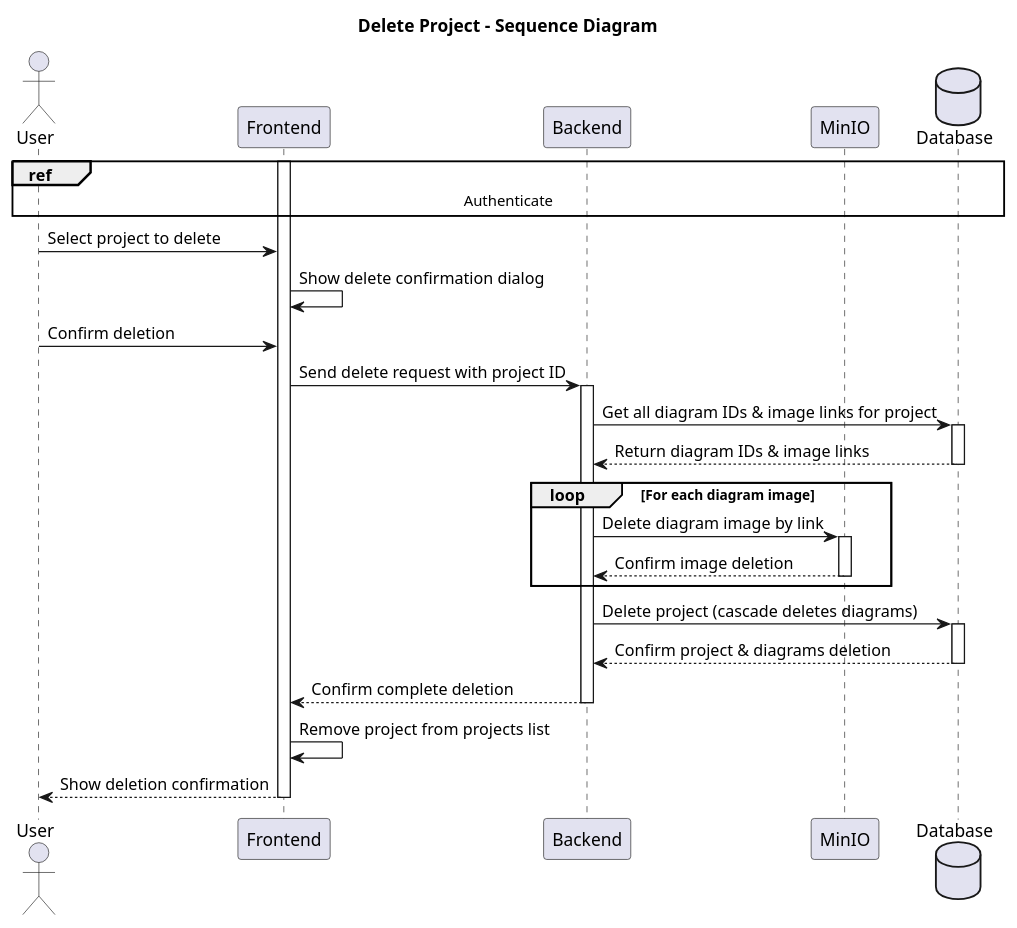
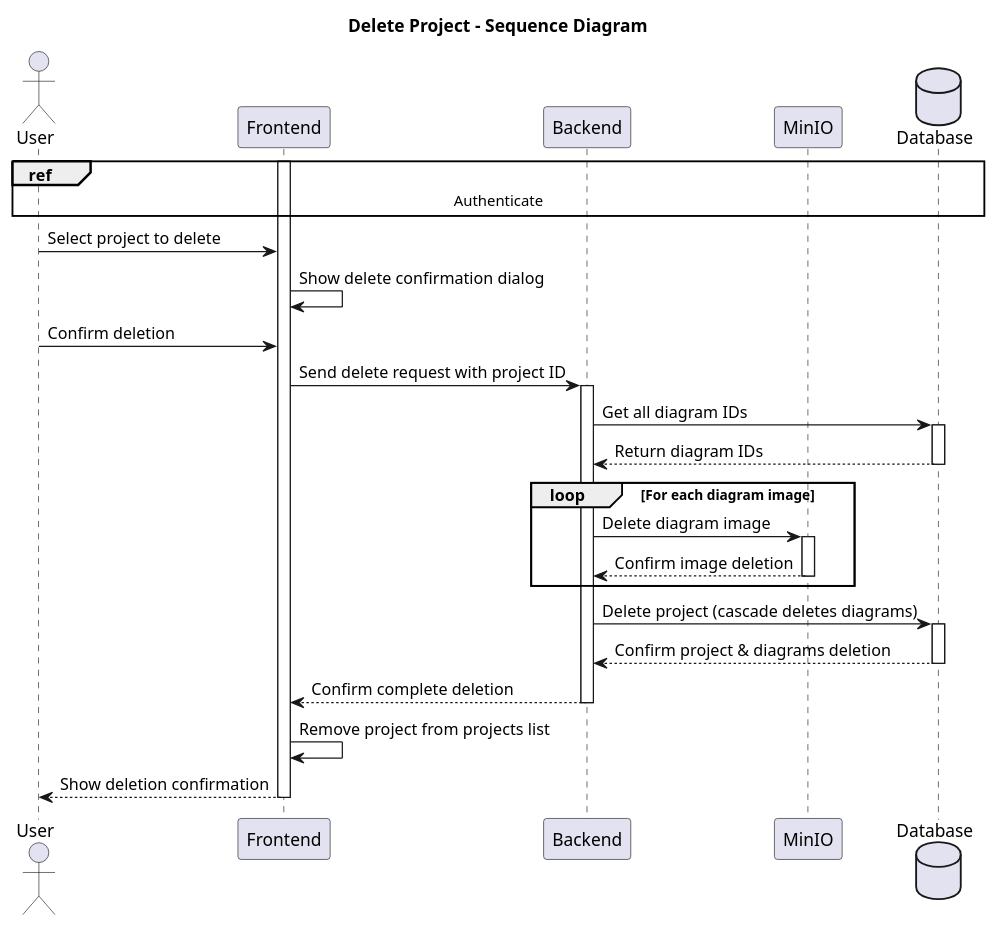
The diagram in conception/SprintIII/sequence_diagrams/sequence_projectManagement_3_4_DeleteProject.puml (souhaib-askri/report_pfe), drawn with PlantUML before and after one commit. The commit also changed 13 other files, not shown here.

```diff
--- a/conception/SprintIII/sequence_diagrams/sequence_projectManagement_3_4_DeleteProject.puml
+++ b/conception/SprintIII/sequence_diagrams/sequence_projectManagement_3_4_DeleteProject.puml
@@ -1,45 +1,45 @@
 @startuml
 title Delete Project - Sequence Diagram
 
 actor User
 participant Frontend
 participant Backend
 participant MinIO
 database Database
 
 ref over User, Database: Authenticate
 
 activate Frontend
 
 User -> Frontend: Select project to delete
 Frontend -> Frontend: Show delete confirmation dialog
 
 User -> Frontend: Confirm deletion
 Frontend -> Backend: Send delete request with project ID
 activate Backend
 
-Backend -> Database: Get all diagram IDs & image links for project
+Backend -> Database: Get all diagram IDs 
 activate Database
-Database --> Backend: Return diagram IDs & image links
+Database --> Backend: Return diagram IDs 
 deactivate Database
 
 loop For each diagram image
-    Backend -> MinIO: Delete diagram image by link
+    Backend -> MinIO: Delete diagram image 
     activate MinIO
     MinIO --> Backend: Confirm image deletion
     deactivate MinIO
 end
 
 Backend -> Database: Delete project (cascade deletes diagrams)
 activate Database
 Database --> Backend: Confirm project & diagrams deletion
 deactivate Database
 
 Backend --> Frontend: Confirm complete deletion
 deactivate Backend
 
 Frontend -> Frontend: Remove project from projects list
 Frontend --> User: Show deletion confirmation
 deactivate Frontend
 
 @enduml
```
